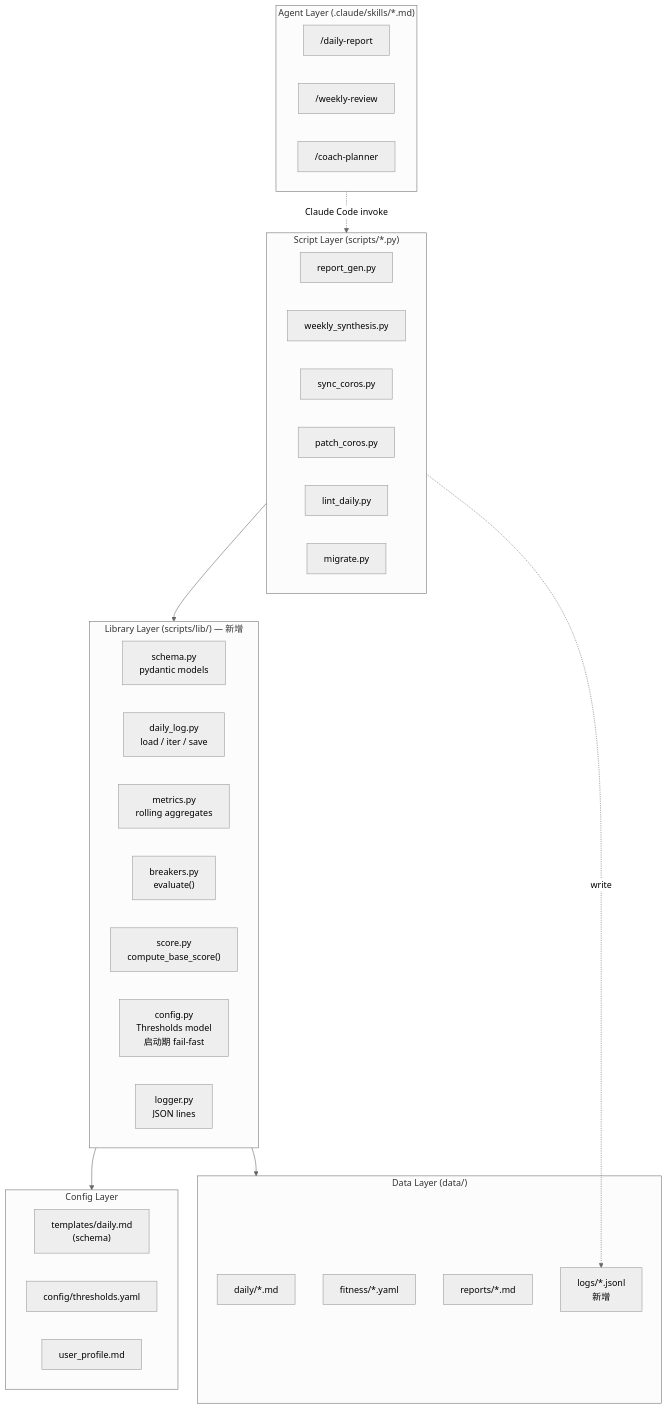
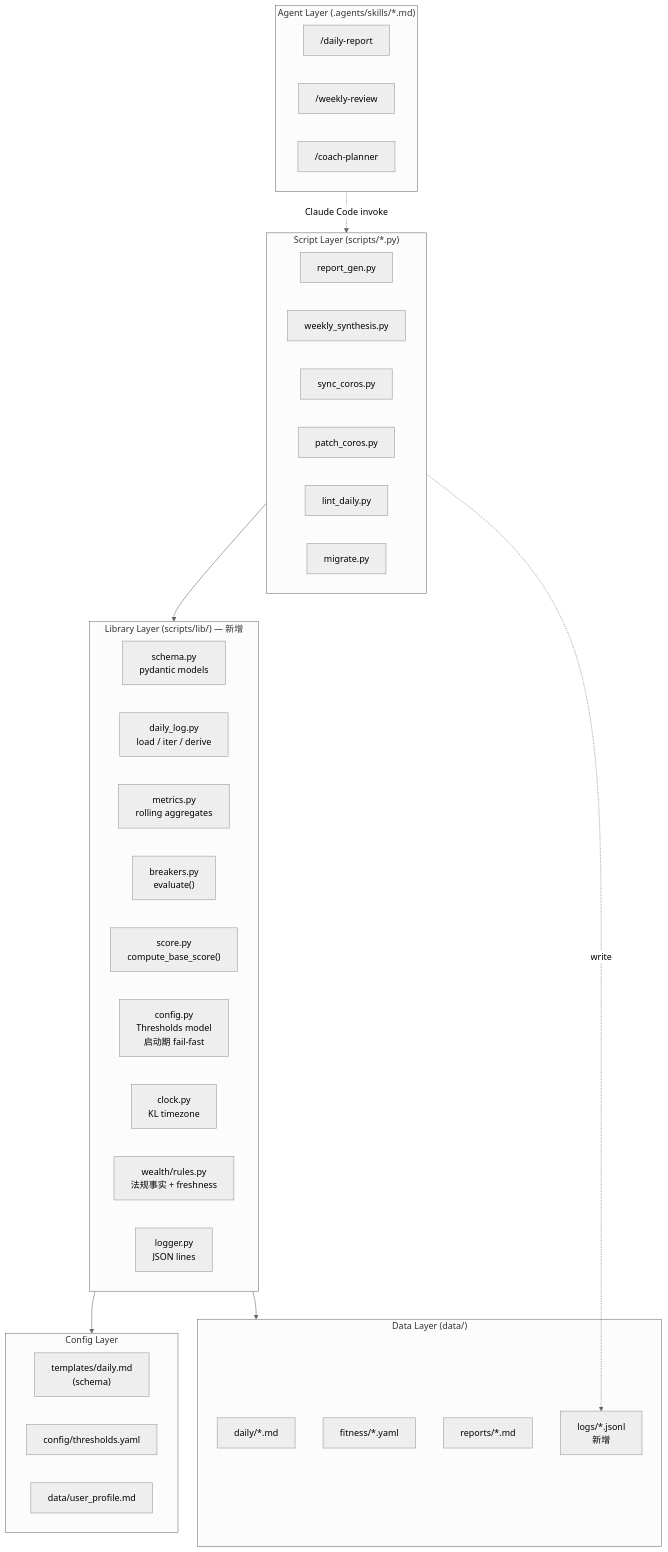
Before and after one commit to KelvinYou/personal-os: the seventh of 7 diagrams in ARCHITECTURE.md, drawn with Mermaid (neutral theme). The commit also changed other lines of this file and 3 other files, not shown here.

First line of the commit message:
fix(docs): add mermaid lint, fix GitHub-rendering line breaks

````diff
--- a/ARCHITECTURE.md
+++ b/ARCHITECTURE.md
@@ -399,46 +405,48 @@
 ```mermaid
 graph TB
-    subgraph Agent ["Agent Layer (.claude/skills/*.md)"]
+    subgraph Agent ["Agent Layer (.agents/skills/*.md)"]
         DR["/daily-report"]
         WR["/weekly-review"]
         CP["/coach-planner"]
     end
 
     subgraph Script ["Script Layer (scripts/*.py)"]
         RG["report_gen.py"]
         WS["weekly_synthesis.py"]
         SC["sync_coros.py"]
         PC["patch_coros.py"]
         LD["lint_daily.py"]
         MG["migrate.py"]
     end
 
     subgraph Library ["Library Layer (scripts/lib/) — 新增"]
-        SCHEMA["schema.py\npydantic models"]
-        DAILY["daily_log.py\nload / iter / save"]
-        METRIC["metrics.py\nrolling aggregates"]
-        BRK["breakers.py\nevaluate()"]
-        SCORE["score.py\ncompute_base_score()"]
-        CFG["config.py\nThresholds model\n启动期 fail-fast"]
-        LOG["logger.py\nJSON lines"]
+        SCHEMA["schema.py<br/>pydantic models"]
+        DAILY["daily_log.py<br/>load / iter / derive"]
+        METRIC["metrics.py<br/>rolling aggregates"]
+        BRK["breakers.py<br/>evaluate()"]
+        SCORE["score.py<br/>compute_base_score()"]
+        CFG["config.py<br/>Thresholds model<br/>启动期 fail-fast"]
+        CLOCK["clock.py<br/>KL timezone"]
+        WRULES["wealth/rules.py<br/>法规事实 + freshness"]
+        LOG["logger.py<br/>JSON lines"]
     end
 
     subgraph Data ["Data Layer (data/)"]
         DL["daily/*.md"]
         FIT["fitness/*.yaml"]
         RPT["reports/*.md"]
-        LOGS["logs/*.jsonl\n新增"]
+        LOGS["logs/*.jsonl<br/>新增"]
     end
 
     subgraph Config ["Config Layer"]
-        TMPL["templates/daily.md\n(schema)"]
+        TMPL["templates/daily.md<br/>(schema)"]
         THR["config/thresholds.yaml"]
-        UP["user_profile.md"]
+        UP["data/user_profile.md"]
     end
 
     Agent -. "Claude Code invoke" .-> Script
     Script --> Library
     Library --> Data
     Library --> Config
     Script -. "write" .-> LOGS
 ```
````
